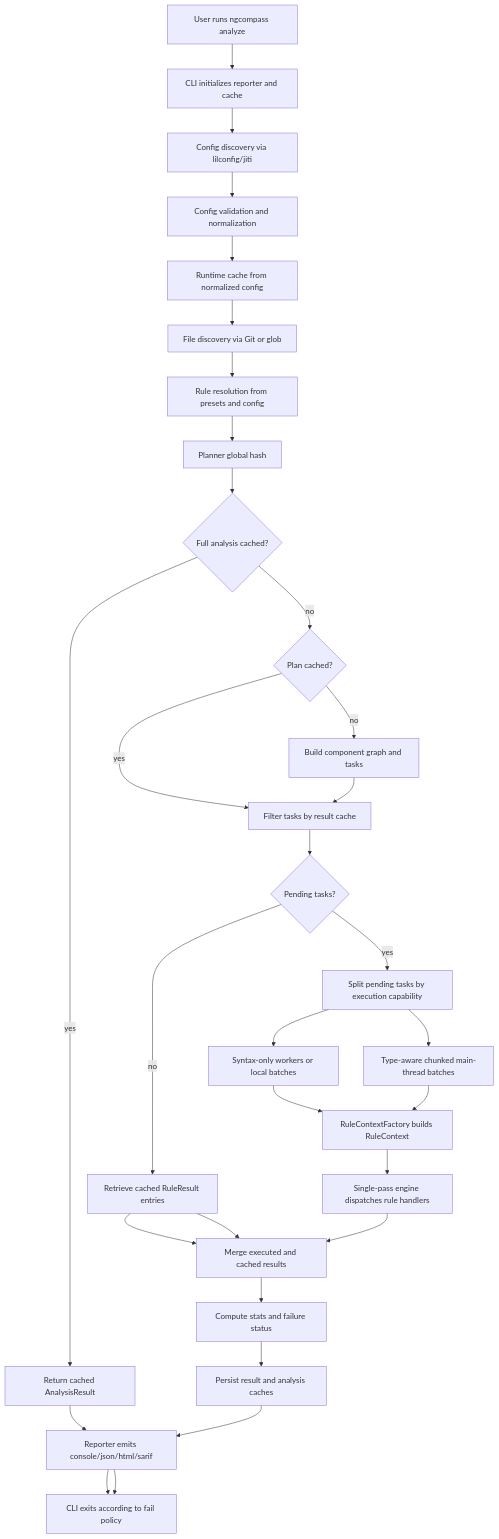
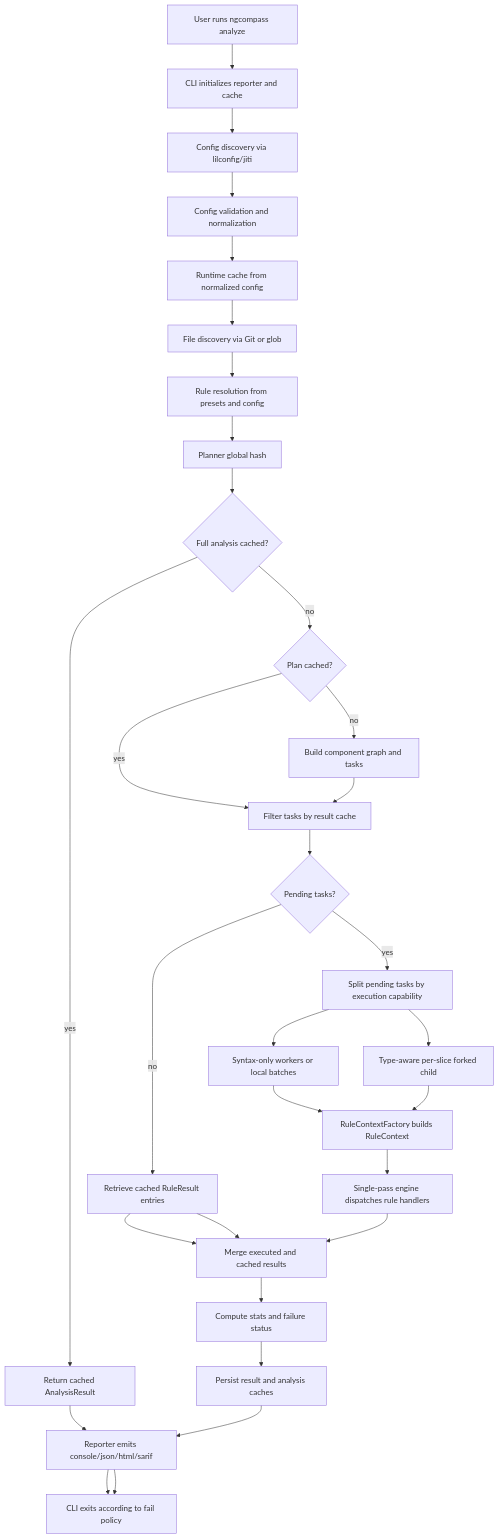
One commit to RoadmapDevelop/ngcompass changed diagram 23 of 23 in docs/architecture.md. Above: the diagram before and after it, drawn with Mermaid. The commit also changed other lines of this file and 29 other files, not shown here.

````diff
--- a/docs/architecture.md
+++ b/docs/architecture.md
@@ -1200,42 +1194,42 @@
 ```mermaid
 flowchart TD
     A["User runs ngcompass analyze"]
     B["CLI initializes reporter and cache"]
     C["Config discovery via lilconfig/jiti"]
     D["Config validation and normalization"]
     E["Runtime cache from normalized config"]
     F["File discovery via Git or glob"]
     G["Rule resolution from presets and config"]
     H["Planner global hash"]
     I{"Full analysis cached?"}
     J["Return cached AnalysisResult"]
     K{"Plan cached?"}
     L["Build component graph and tasks"]
     M["Filter tasks by result cache"]
     N{"Pending tasks?"}
     O["Retrieve cached RuleResult entries"]
     P["Split pending tasks by execution capability"]
     Q["Syntax-only workers or local batches"]
-    R["Type-aware chunked main-thread batches"]
+    R["Type-aware per-slice forked child"]
     S["RuleContextFactory builds RuleContext"]
     T["Single-pass engine dispatches rule handlers"]
     U["Merge executed and cached results"]
     V["Compute stats and failure status"]
     W["Persist result and analysis caches"]
     X["Reporter emits console/json/html/sarif"]
     Y["CLI exits according to fail policy"]
 
     A --> B --> C --> D --> E --> F --> G --> H --> I
     I -- yes --> J --> X --> Y
     I -- no --> K
     K -- yes --> M
     K -- no --> L --> M
     M --> N
     N -- no --> O --> U
     N -- yes --> P
     P --> Q --> S
     P --> R --> S
     S --> T --> U
     O --> U
     U --> V --> W --> X --> Y
 ```
````
